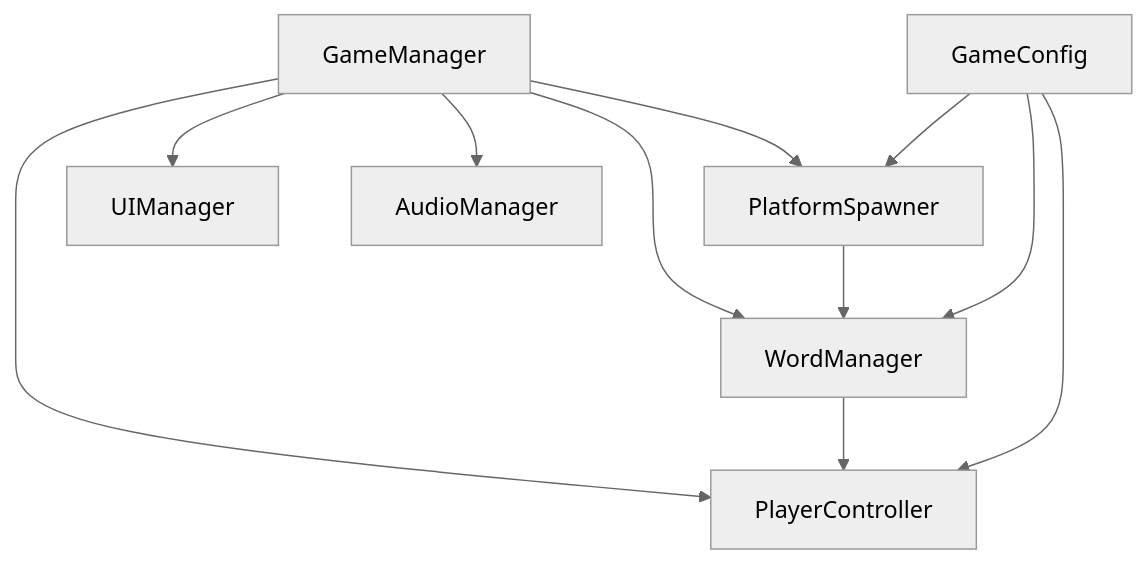
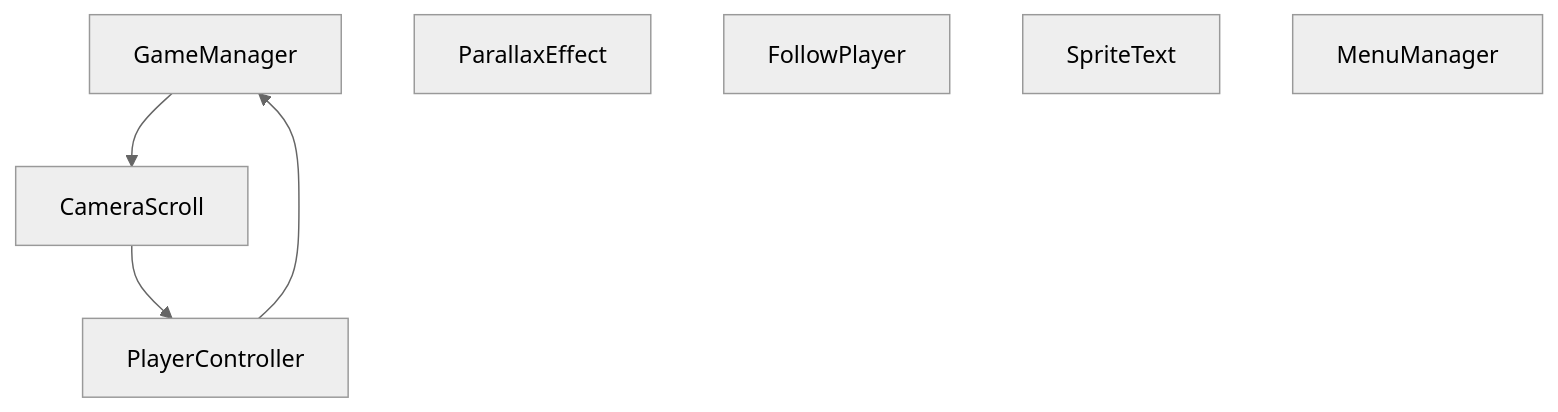
The second of 2 diagrams in GDD.md (dandush44/Ice-Climbers), drawn with Mermaid (neutral theme) before and after one commit. The commit also changed other lines of this file, not shown here.

````diff
--- a/GDD.md
+++ b/GDD.md
@@ -189,13 +178,10 @@
 ```mermaid
 flowchart TD
-    GameManager --> PlayerController
-    GameManager --> WordManager
-    GameManager --> PlatformSpawner
-    GameManager --> UIManager
-    GameManager --> AudioManager
-    WordManager --> PlayerController
-    PlatformSpawner --> WordManager
-    GameConfig --> PlayerController
-    GameConfig --> WordManager
-    GameConfig --> PlatformSpawner
+    GameManager --> CameraScroll
+    CameraScroll --> PlayerController
+    PlayerController --> GameManager
+    ParallaxEffect
+    FollowPlayer
+    SpriteText
+    MenuManager
 ```
````
